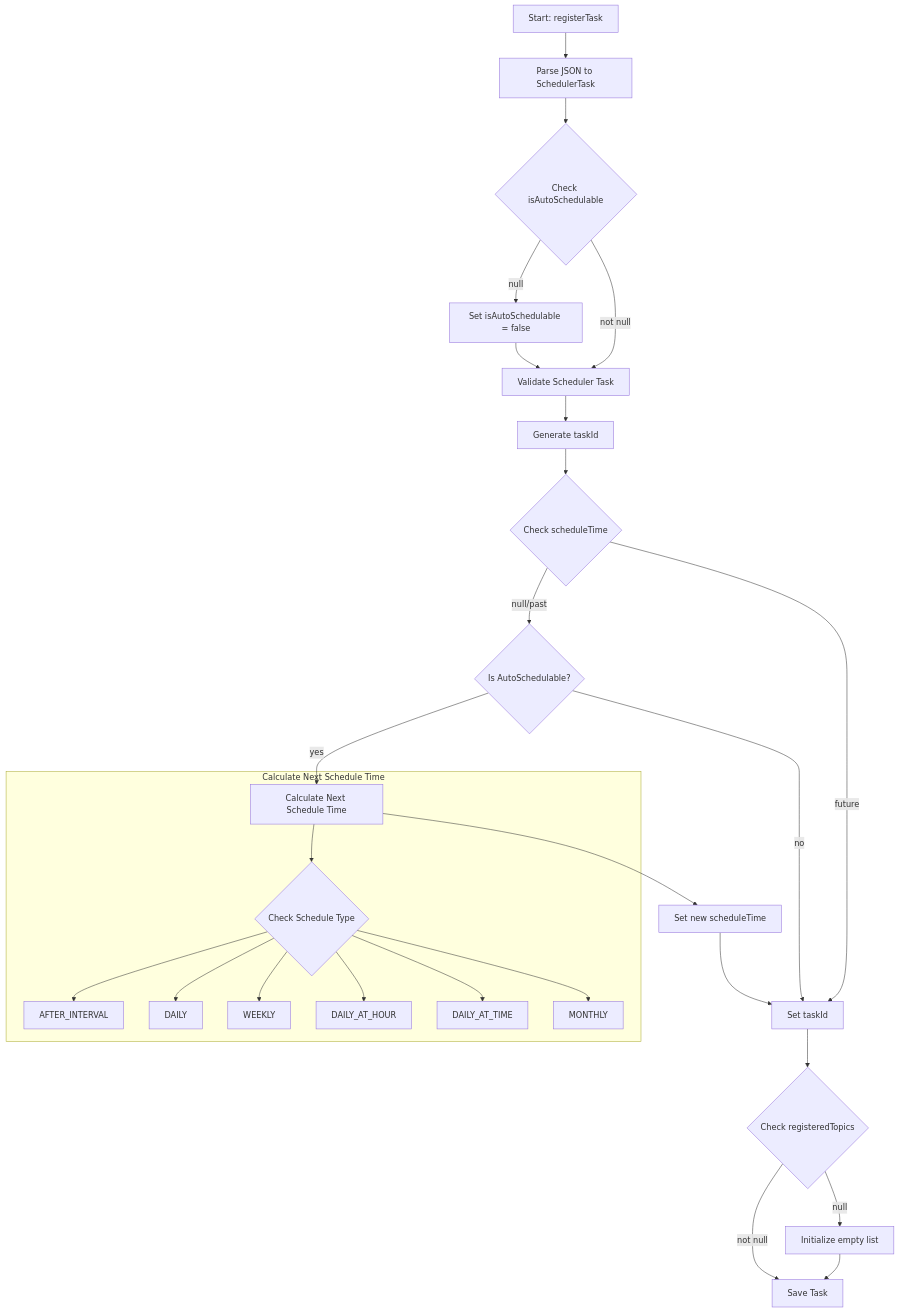
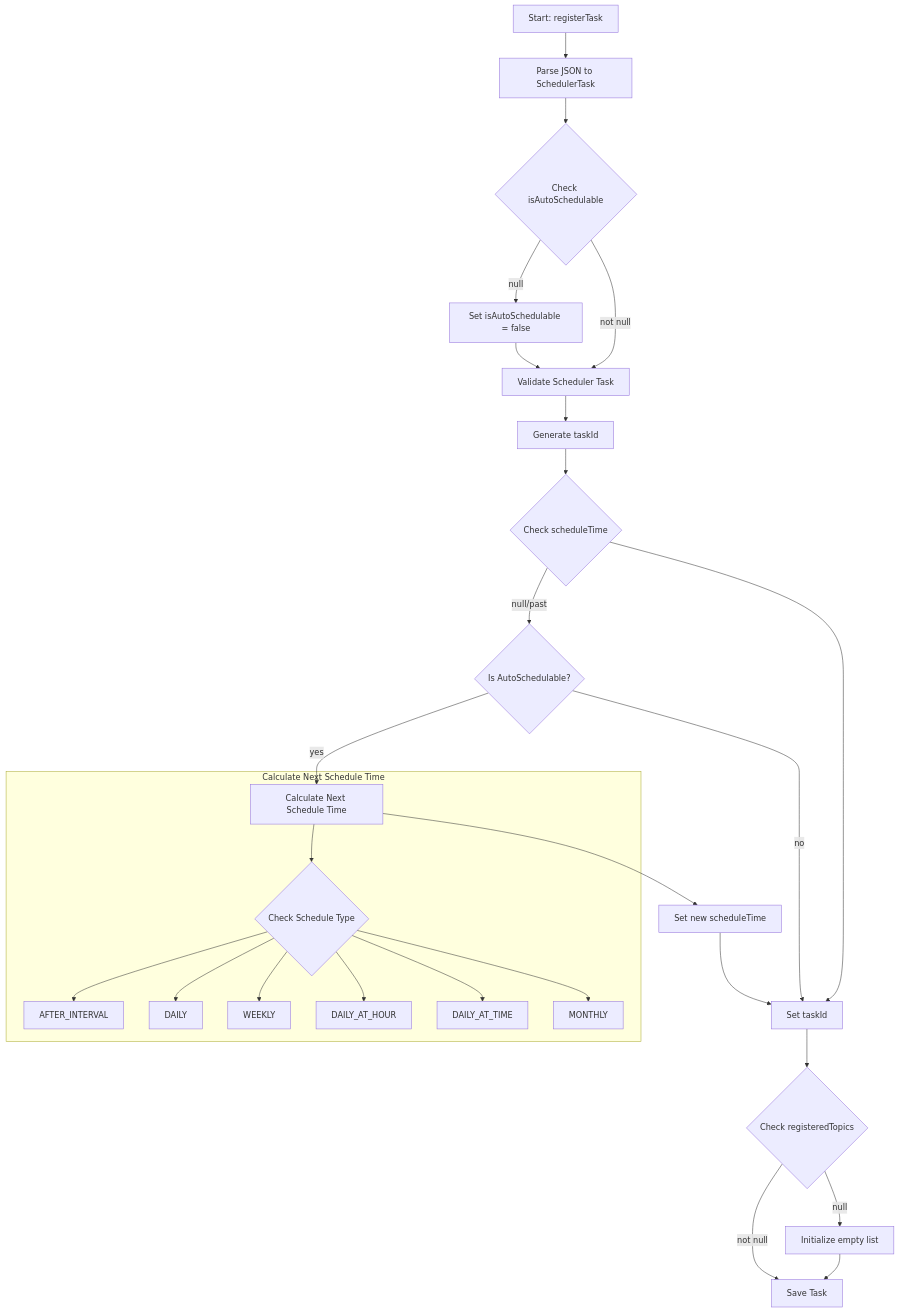
The first of 2 diagrams in scheduler-complete-doc.md (sahilFretron/myPush), drawn with Mermaid before and after one commit.

````diff
--- a/scheduler-complete-doc.md
+++ b/scheduler-complete-doc.md
@@ -15,30 +15,30 @@
 ```mermaid
 flowchart TD
     A[Start: registerTask] --> B[Parse JSON to SchedulerTask]
     B --> C{Check isAutoSchedulable}
     C -- null --> D[Set isAutoSchedulable = false]
     D --> E[Validate Scheduler Task]
     C -- not null --> E
     E --> F[Generate taskId]
     F --> G{Check scheduleTime}
     G -- null/past --> H{Is AutoSchedulable?}
     H -- yes --> I[Calculate Next Schedule Time]
     I --> J[Set new scheduleTime]
     J --> K[Set taskId]
     H -- no --> K
-    G -- future --> K
+    G --> K
     K --> L{Check registeredTopics}
     L -- null --> M[Initialize empty list]
     L -- not null --> N[Save Task]
     M --> N
     
     subgraph Calculate Next Schedule Time
         I --> O{Check Schedule Type}
         O --> P[AFTER_INTERVAL]
         O --> Q[DAILY]
         O --> R[WEEKLY]
         O --> S[DAILY_AT_HOUR]
         O --> T[DAILY_AT_TIME]
         O --> U[MONTHLY]
     end
 ```
````
